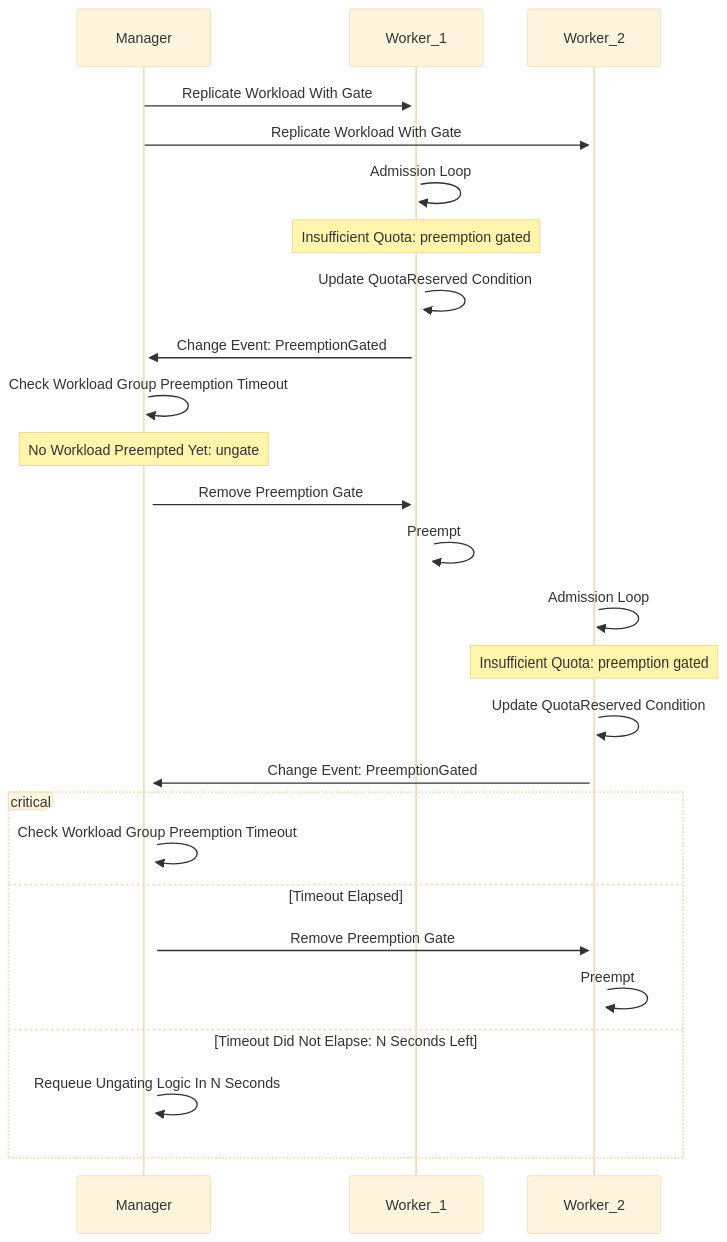
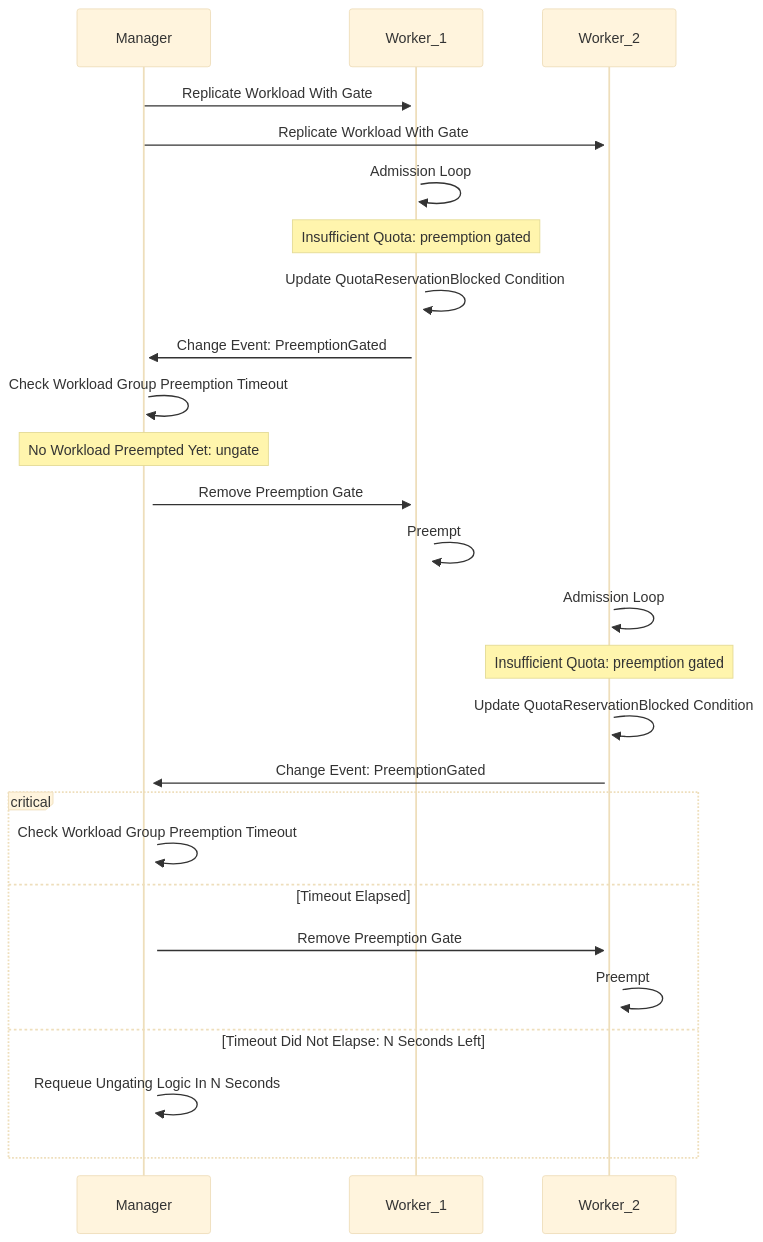
One commit to kubernetes-sigs/kueue changed the diagram in keps/8303-multikueue-synchronized-preemption/README.md. Above: the diagram before and after it, drawn with Mermaid (base theme). The commit also changed other lines of this file, not shown here.

Commit message:
Update the proposal with a new `Condition`

````diff
--- a/keps/8303-multikueue-synchronized-preemption/README.md
+++ b/keps/8303-multikueue-synchronized-preemption/README.md
@@ -84,25 +86,25 @@
 ```mermaid
 sequenceDiagram
     Manager->>+Worker_1: Replicate Workload With Gate
     Manager->>+Worker_2: Replicate Workload With Gate
     Worker_1->>+Worker_1: Admission Loop
     Note over Worker_1, Worker_1: Insufficient Quota: preemption gated
-    Worker_1->>+Worker_1: Update QuotaReserved Condition
+    Worker_1->>+Worker_1: Update QuotaReservationBlocked Condition
     Worker_1->>+Manager: Change Event: PreemptionGated
     Manager->>+Manager: Check Workload Group Preemption Timeout
     Note over Manager, Manager: No Workload Preempted Yet: ungate
     Manager->>+Worker_1: Remove Preemption Gate
     Worker_1->>+Worker_1: Preempt
     Worker_2->>Worker_2: Admission Loop
     Note over Worker_2, Worker_2: Insufficient Quota: preemption gated
-    Worker_2->>+Worker_2: Update QuotaReserved Condition
+    Worker_2->>+Worker_2: Update QuotaReservationBlocked Condition
     Worker_2->>+Manager: Change Event: PreemptionGated
     critical
         Manager->>Manager: Check Workload Group Preemption Timeout
     option Timeout Elapsed
         Manager->>+Worker_2: Remove Preemption Gate
         Worker_2->>+Worker_2: Preempt
     option Timeout Did Not Elapse: N Seconds Left
         Manager->>Manager: Requeue Ungating Logic In N Seconds
     end
 ```
````
